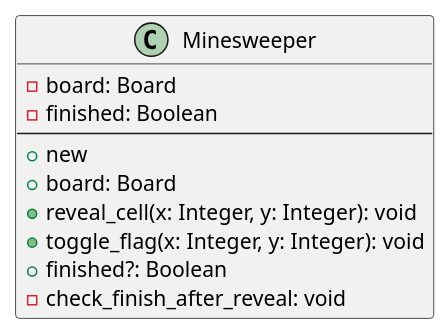
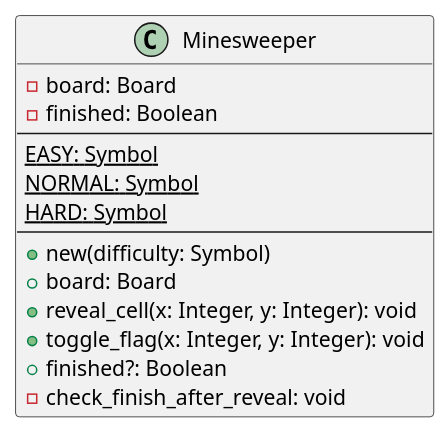
The diagram in diagrams/minesweeper_class.plantuml (Yuhi-Sato/minesweeper), drawn with PlantUML before and after one commit. The commit also changed 1 other file, not shown here.

Commit message:
fix: 🐛 クラス図修正

```diff
--- a/diagrams/minesweeper_class.plantuml
+++ b/diagrams/minesweeper_class.plantuml
@@ -1,15 +1,19 @@
 @startuml minesweeper_class
 
 class Minesweeper {
     - board: Board
     - finished: Boolean
     --
-    + new
+    {static} EASY: Symbol
+    {static} NORMAL: Symbol
+    {static} HARD: Symbol
+    --
+    + new(difficulty: Symbol)
     + board: Board
     + reveal_cell(x: Integer, y: Integer): void
     + toggle_flag(x: Integer, y: Integer): void
     + finished?: Boolean
     - check_finish_after_reveal: void
 }
 
 @enduml
```
